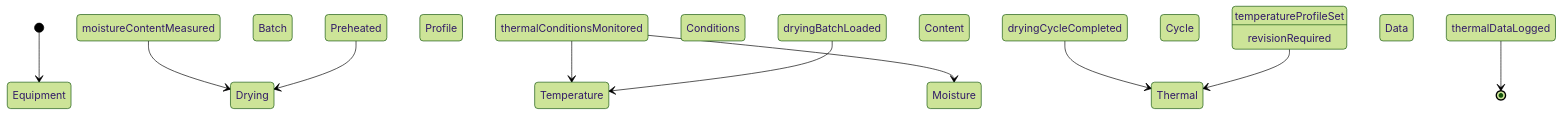
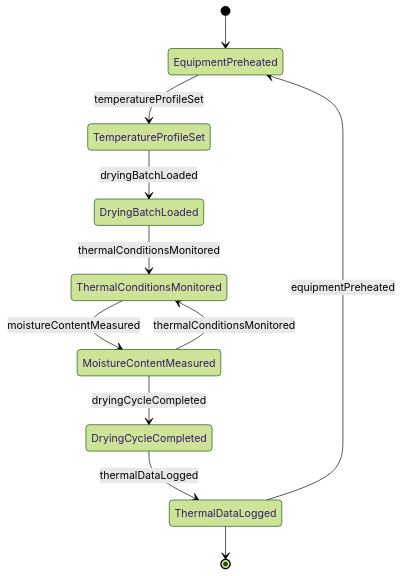
One commit to dot-org-ai/tasks.org.ai changed the second of 4 diagrams in ControllingMachinesAndProcesses/OperateIndustrialProcessingOrProductionEquipment/OperateHeatingDryingEquipment.mdx. Above: the diagram before and after it, drawn with Mermaid (forest theme). The commit also changed other lines of this file and 515 other files, not shown here.

````diff
--- a/ControllingMachinesAndProcesses/OperateIndustrialProcessingOrProductionEquipment/OperateHeatingDryingEquipment.mdx
+++ b/ControllingMachinesAndProcesses/OperateIndustrialProcessingOrProductionEquipment/OperateHeatingDryingEquipment.mdx
@@ -98,12 +98,13 @@
 ```mermaid
 stateDiagram-v2
-    [*] --> Equipment Preheated
-    Equipment Preheated --> Drying Batch Loaded : dryingBatchLoaded
-    Drying Batch Loaded --> Temperature Profile Set : temperatureProfileSet
-    Temperature Profile Set --> Thermal Conditions Monitored : thermalConditionsMonitored
-    Thermal Conditions Monitored --> Moisture Content Measured : moistureContentMeasured
-    Moisture Content Measured --> Drying Cycle Completed : dryingCycleCompleted
-    Drying Cycle Completed --> Thermal Data Logged : thermalDataLogged
-    Thermal Conditions Monitored --> Temperature Profile Set : revisionRequired
-    Thermal Data Logged --> [*]
+    [*] --> EquipmentPreheated
+    EquipmentPreheated --> TemperatureProfileSet : temperatureProfileSet
+    TemperatureProfileSet --> DryingBatchLoaded : dryingBatchLoaded
+    DryingBatchLoaded --> ThermalConditionsMonitored : thermalConditionsMonitored
+    ThermalConditionsMonitored --> MoistureContentMeasured : moistureContentMeasured
+    MoistureContentMeasured --> ThermalConditionsMonitored : thermalConditionsMonitored
+    MoistureContentMeasured --> DryingCycleCompleted : dryingCycleCompleted
+    DryingCycleCompleted --> ThermalDataLogged : thermalDataLogged
+    ThermalDataLogged --> EquipmentPreheated : equipmentPreheated
+    ThermalDataLogged --> [*]
 ```
````
